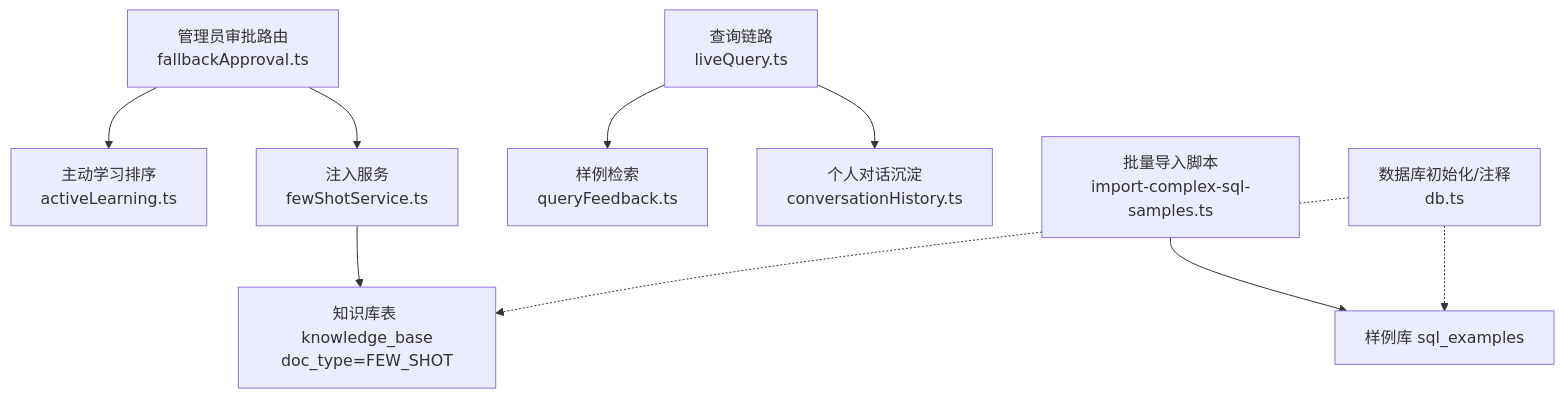
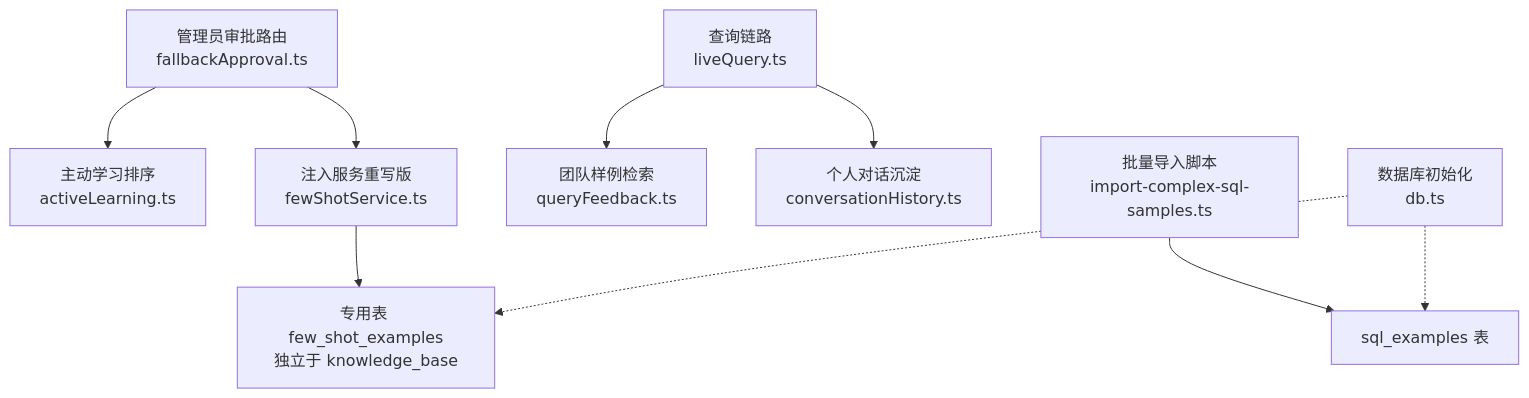
Before and after one commit to dgjin/smart-data-analytics: the first of 7 diagrams in .qoder/repowiki/zh/content/知识库系统/少样本注入服务.md, drawn with Mermaid. The commit also changed other lines of this file and 100 other files, not shown here.

````diff
--- a/.qoder/repowiki/zh/content/知识库系统/少样本注入服务.md
+++ b/.qoder/repowiki/zh/content/知识库系统/少样本注入服务.md
@@ -45,11 +55,11 @@
 ```mermaid
 graph TB
 A["管理员审批路由<br/>fallbackApproval.ts"] --> B["主动学习排序<br/>activeLearning.ts"]
-A --> C["注入服务<br/>fewShotService.ts"]
-C --> D["知识库表 knowledge_base<br/>doc_type=FEW_SHOT"]
-E["查询链路<br/>liveQuery.ts"] --> F["样例检索<br/>queryFeedback.ts"]
+A --> C["注入服务重写版<br/>fewShotService.ts"]
+C --> D["专用表 few_shot_examples<br/>独立于 knowledge_base"]
+E["查询链路<br/>liveQuery.ts"] --> F["团队样例检索<br/>queryFeedback.ts"]
 E --> G["个人对话沉淀<br/>conversationHistory.ts"]
-H["批量导入脚本<br/>import-complex-sql-samples.ts"] --> I["样例库 sql_examples"]
-J["数据库初始化/注释<br/>db.ts"] -.-> D
+H["批量导入脚本<br/>import-complex-sql-samples.ts"] --> I["sql_examples 表"]
+J["数据库初始化<br/>db.ts"] -.-> D
 J -.-> I
 ```
````
